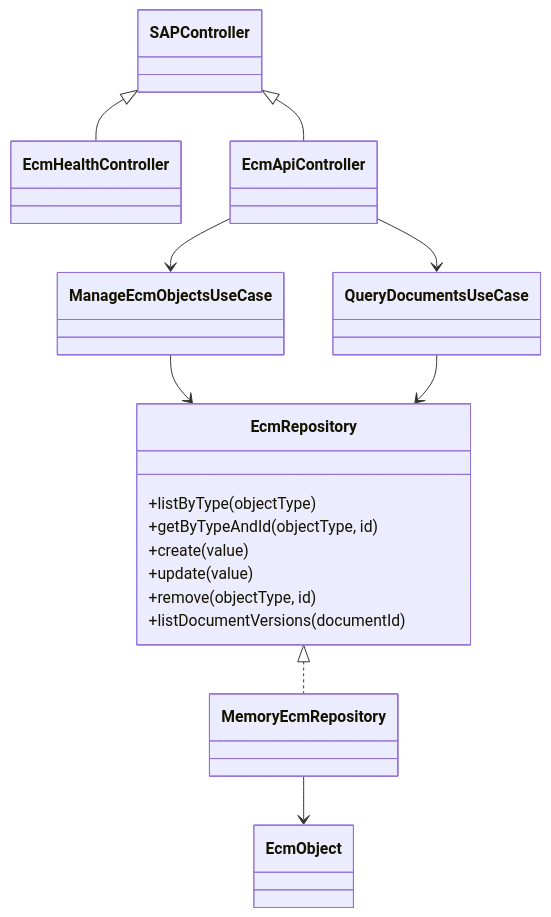
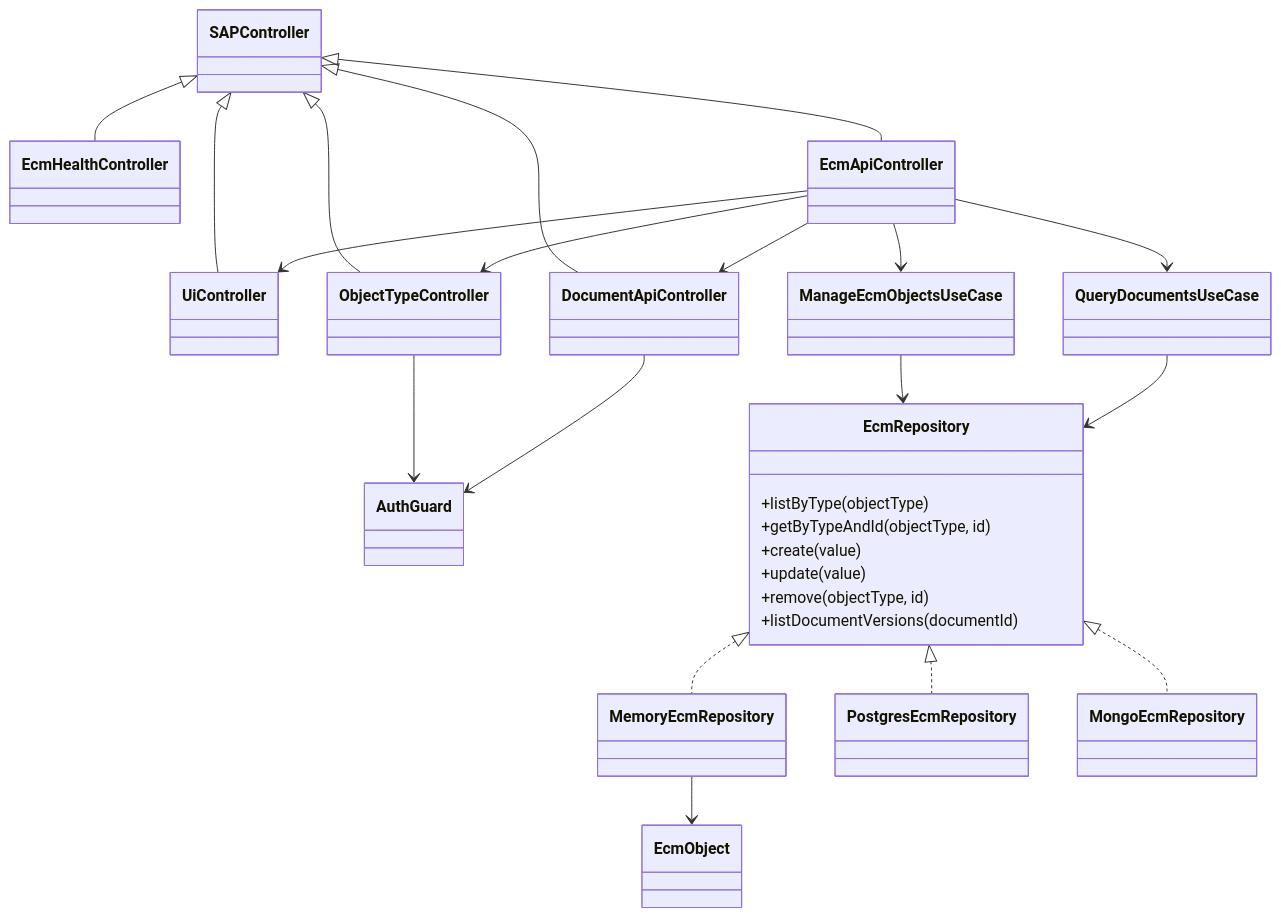
One commit to UIMSolutions/uim-software changed the first of 2 diagrams in ecm/UML.md. Above: the diagram before and after it, drawn with Mermaid. The commit also changed 45 other files, not shown here.

First line of the commit message:
feat: Implement authentication and authorization for ECM API

````diff
--- a/ecm/UML.md
+++ b/ecm/UML.md
@@ -3,30 +3,46 @@
 ```mermaid
 classDiagram
   class SAPController
   class EcmHealthController
   class EcmApiController
+  class UiController
+  class DocumentApiController
+  class ObjectTypeController
+  class AuthGuard
 
   class EcmRepository {
     +listByType(objectType)
     +getByTypeAndId(objectType, id)
     +create(value)
     +update(value)
     +remove(objectType, id)
     +listDocumentVersions(documentId)
   }
 
   class MemoryEcmRepository
+  class PostgresEcmRepository
+  class MongoEcmRepository
   class ManageEcmObjectsUseCase
   class QueryDocumentsUseCase
   class EcmObject
 
   SAPController <|-- EcmHealthController
   SAPController <|-- EcmApiController
+  SAPController <|-- UiController
+  SAPController <|-- DocumentApiController
+  SAPController <|-- ObjectTypeController
 
   EcmRepository <|.. MemoryEcmRepository
+  EcmRepository <|.. PostgresEcmRepository
+  EcmRepository <|.. MongoEcmRepository
   ManageEcmObjectsUseCase --> EcmRepository
   QueryDocumentsUseCase --> EcmRepository
   EcmApiController --> ManageEcmObjectsUseCase
   EcmApiController --> QueryDocumentsUseCase
+  EcmApiController --> UiController
+  EcmApiController --> DocumentApiController
+  EcmApiController --> ObjectTypeController
+  ObjectTypeController --> AuthGuard
+  DocumentApiController --> AuthGuard
   MemoryEcmRepository --> EcmObject
 ```
````
